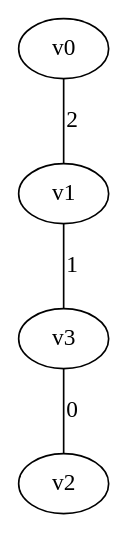
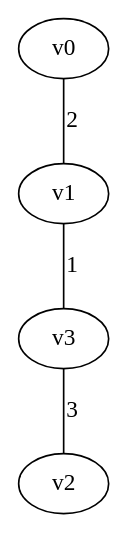
One commit to japie1235813/Algo_PA3 changed the diagram in outputs/gn4_mst_p_2.dot. Above: the diagram before and after it, drawn with Graphviz. The commit also changed 13 other files, not shown here.

```diff
--- a/outputs/gn4_mst_p_2.dot
+++ b/outputs/gn4_mst_p_2.dot
@@ -1,5 +1,5 @@
 graph gn4_mst_p {
 v0 -- v1 [label = "2"];
-v3 -- v2 [label = "0"];
+v3 -- v2 [label = "3"];
 v1 -- v3 [label = "1"];
 }
```
